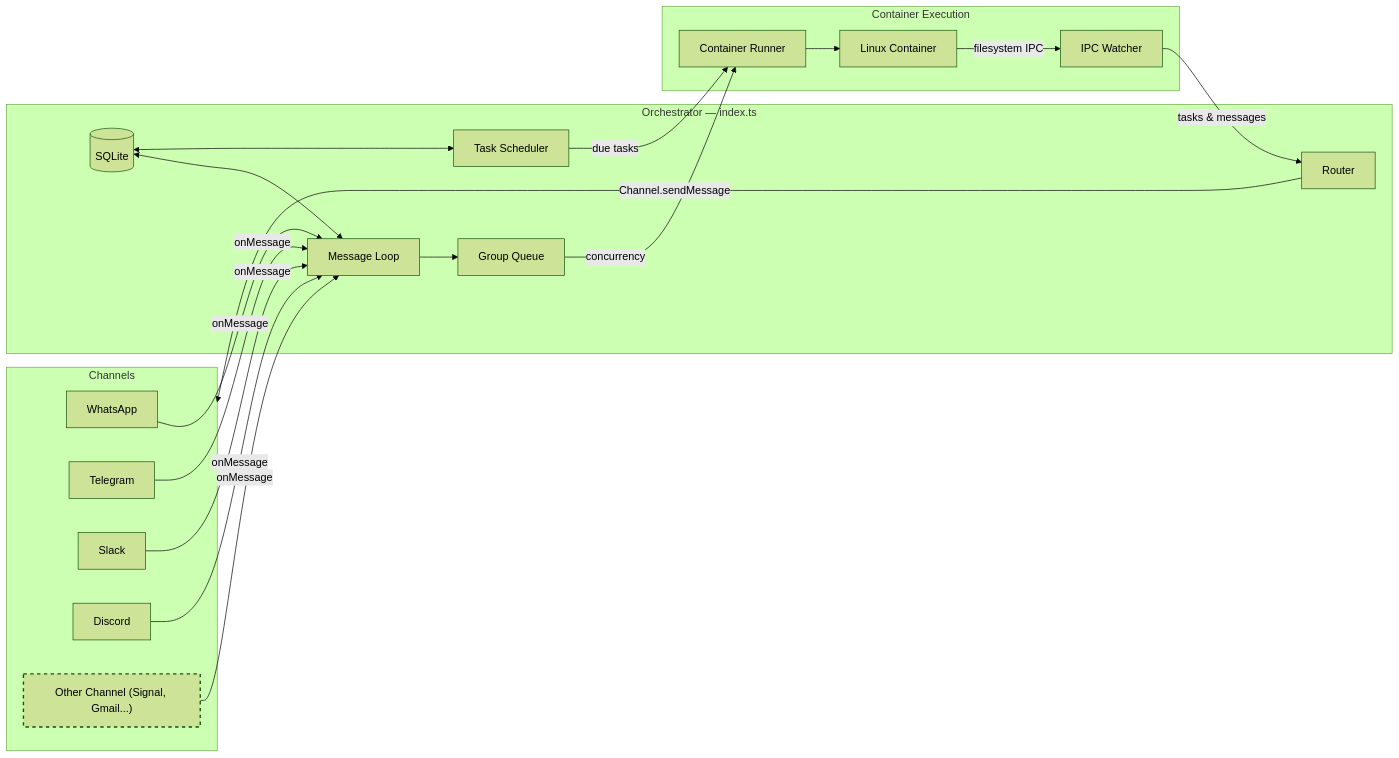
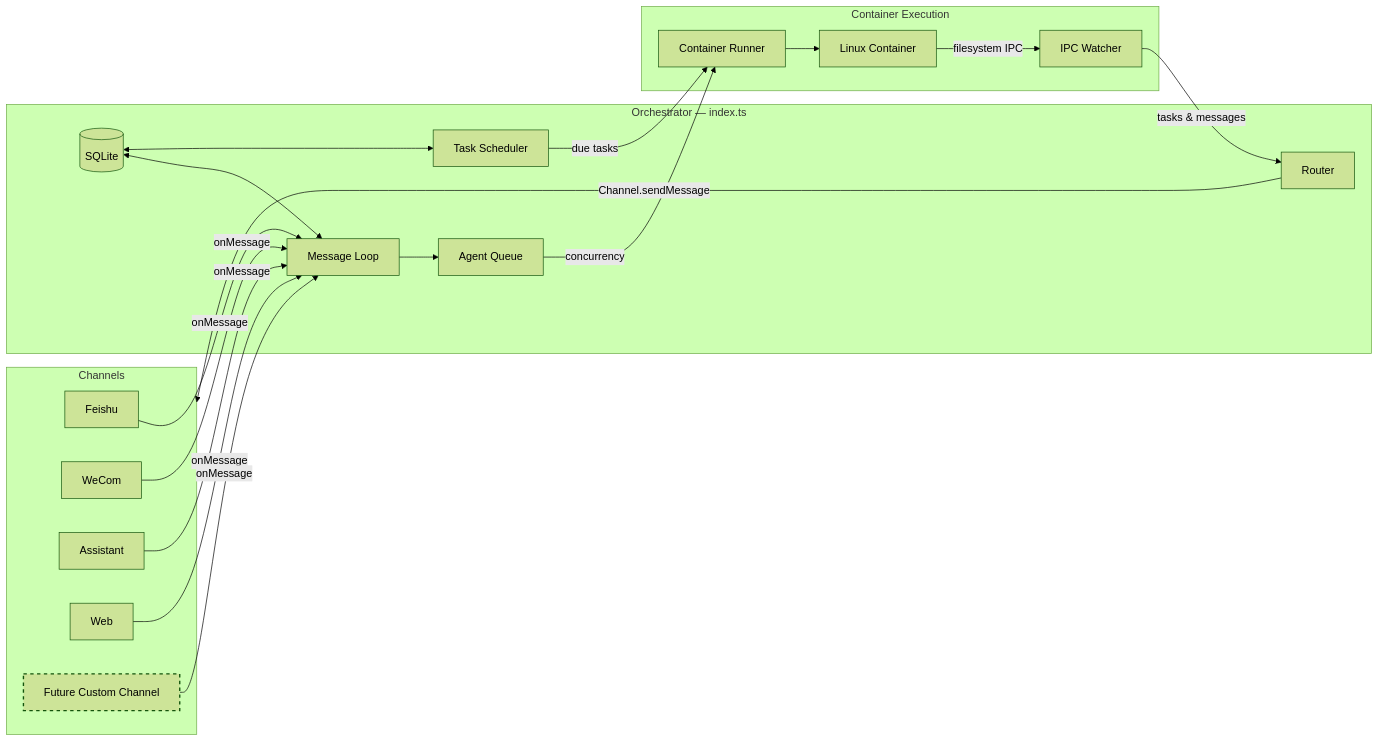
Before and after one commit to zhang-pingan/nanoclaw-pingan: the diagram in docs/SPEC.md, drawn with Mermaid (forest theme). The commit also changed other lines of this file and 161 other files, not shown here.

````diff
--- a/docs/SPEC.md
+++ b/docs/SPEC.md
@@ -97,41 +97,41 @@
 ```mermaid
 graph LR
     subgraph Channels["Channels"]
-        WA[WhatsApp]
-        TG[Telegram]
-        SL[Slack]
-        DC[Discord]
-        New["Other Channel (Signal, Gmail...)"]
+        FS[Feishu]
+        WC[WeCom]
+        AS[Assistant]
+        WEB[Web]
+        New["Future Custom Channel"]
     end
 
     subgraph Orchestrator["Orchestrator — index.ts"]
         ML[Message Loop]
-        GQ[Group Queue]
+        GQ[Agent Queue]
         RT[Router]
         TS[Task Scheduler]
         DB[(SQLite)]
     end
 
     subgraph Execution["Container Execution"]
         CR[Container Runner]
         LC["Linux Container"]
         IPC[IPC Watcher]
     end
 
     %% Flow
-    WA & TG & SL & DC & New -->|onMessage| ML
+    FS & WC & AS & WEB & New -->|onMessage| ML
     ML --> GQ
     GQ -->|concurrency| CR
     CR --> LC
     LC -->|filesystem IPC| IPC
     IPC -->|tasks & messages| RT
     RT -->|Channel.sendMessage| Channels
     TS -->|due tasks| CR
 
     %% DB Connections
     DB <--> ML
     DB <--> TS
 
     %% Styling for the dynamic channel
     style New stroke-dasharray: 5 5,stroke-width:2px
 ```
````
